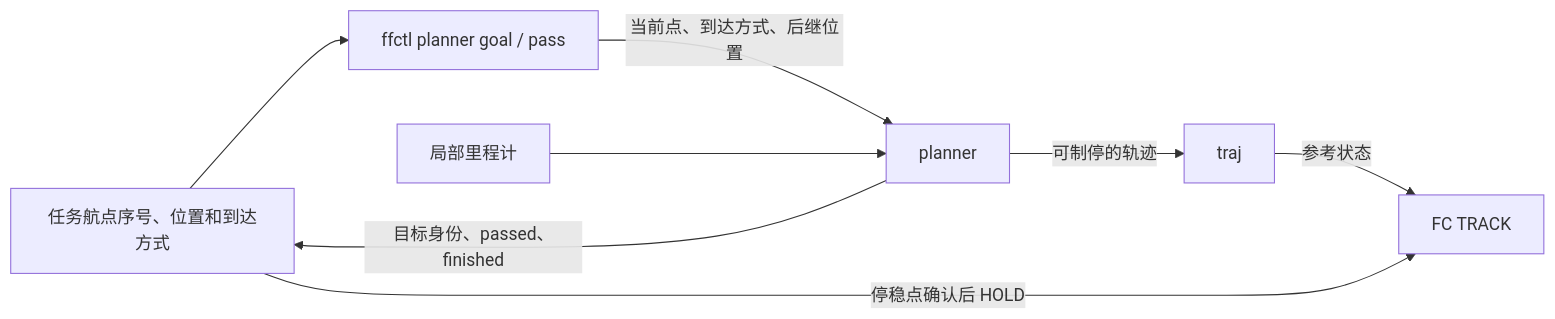
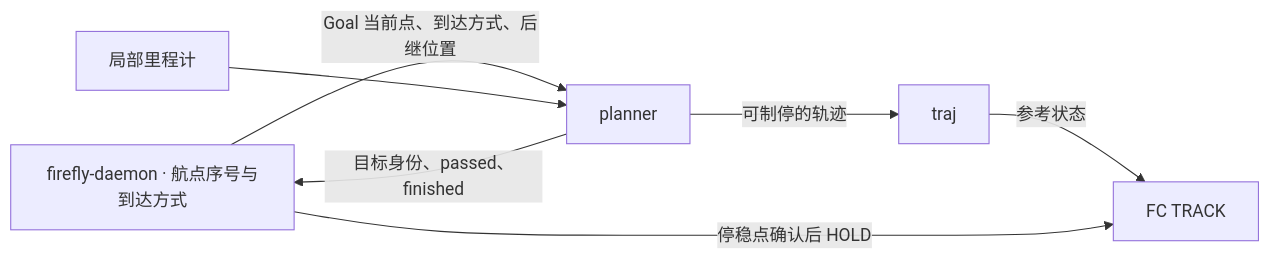
One commit to 3SE-Competitive-Robotics-Team/firefly changed the second of 2 diagrams in docs/architecture.md. Above: the diagram before and after it, drawn with Mermaid. The commit also changed other lines of this file and 40 other files, not shown here.

````diff
--- a/docs/architecture.md
+++ b/docs/architecture.md
@@ -52,9 +82,8 @@
 ```mermaid
 flowchart LR
-    task["任务航点序号、位置和到达方式"] --> cli["ffctl planner goal / pass"]
-    cli -->|当前点、到达方式、后继位置| planner["planner"]
+    task["firefly-daemon · 航点序号与到达方式"] -->|Goal 当前点、到达方式、后继位置| planner["planner"]
     odom["局部里程计"] --> planner
     planner -->|可制停的轨迹| traj["traj"] -->|参考状态| fc["FC TRACK"]
     planner -->|目标身份、passed、finished| task
     task -->|停稳点确认后 HOLD| fc
 ```
````
